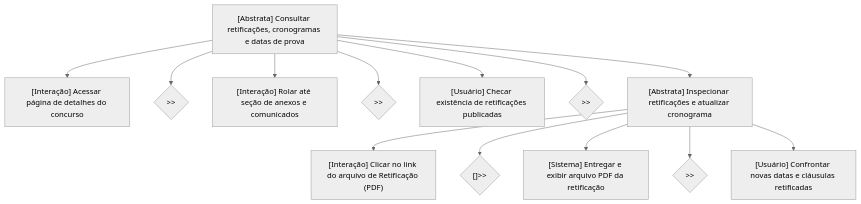
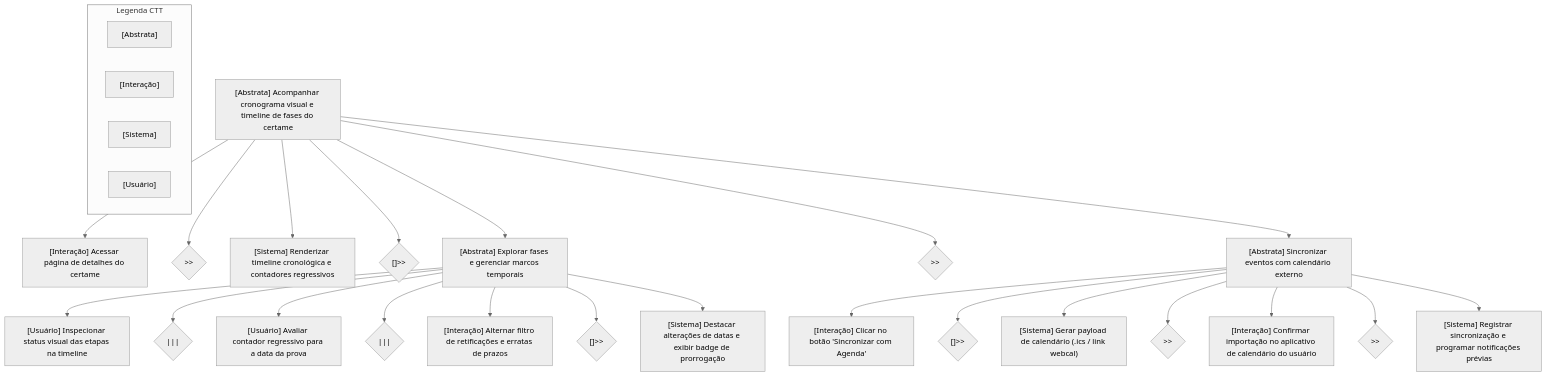
One commit to Interacao-Humano-Computador/2026.2-Grupo07 changed the fourth of 8 diagrams in docs/analise-de-requisitos/analise-de-tarefas/ctt.md. Above: the diagram before and after it, drawn with Mermaid (neutral theme). The commit also changed other lines of this file and 3 other files, not shown here.

Commit message:
fix(escopo-funcionalidades): enriquece escopo com simulados interativos, alertas inteligentes e cronograma visual (Closes #14)

````diff
--- a/docs/analise-de-requisitos/analise-de-tarefas/ctt.md
+++ b/docs/analise-de-requisitos/analise-de-tarefas/ctt.md
@@ -349,33 +351,62 @@
 ```mermaid
 flowchart TD
-    Root4["[Abstrata] Consultar retificações, cronogramas e datas de prova"]
+    subgraph Legenda ["Legenda CTT"]
+        direction LR
+        L_Abs["[Abstrata]"]
+        L_Int["[Interação]"]
+        L_Sis["[Sistema]"]
+        L_Usu["[Usuário]"]
+    end
 
-    Q1["[Interação] Acessar página de detalhes do concurso"]
+    Root4["[Abstrata] Acompanhar cronograma visual e timeline de fases do certame"]
+
+    Q1["[Interação] Acessar página de detalhes do certame"]
     QOp1{">>"}
-    Q2["[Interação] Rolar até seção de anexos e comunicados"]
-    QOp2{">>"}
-    Q3["[Usuário] Checar existência de retificações publicadas"]
+    Q2["[Sistema] Renderizar timeline cronológica e contadores regressivos"]
+    QOp2{"[]>>"}
+    Q3["[Abstrata] Explorar fases e gerenciar marcos temporais"]
     QOp3{">>"}
-    Q4["[Abstrata] Inspecionar retificações e atualizar cronograma"]
+    Q4["[Abstrata] Sincronizar eventos com calendário externo"]
 
     Root4 --> Q1
     Root4 --> QOp1
     Root4 --> Q2
     Root4 --> QOp2
     Root4 --> Q3
     Root4 --> QOp3
     Root4 --> Q4
 
-    %% Decomposição de Q4
-    Q4_1["[Interação] Clicar no link do arquivo de Retificação (PDF)"]
+    %% Decomposição de Q3 (Explorar fases e gerenciar marcos)
+    Q3_1["[Usuário] Inspecionar status visual das etapas na timeline"]
+    Q3_Op1{"|||"}
+    Q3_2["[Usuário] Avaliar contador regressivo para a data da prova"]
+    Q3_Op2{"|||"}
+    Q3_3["[Interação] Alternar filtro de retificações e erratas de prazos"]
+    Q3_Op3{"[]>>"}
+    Q3_4["[Sistema] Destacar alterações de datas e exibir badge de prorrogação"]
+
+    Q3 --> Q3_1
+    Q3 --> Q3_Op1
+    Q3 --> Q3_2
+    Q3 --> Q3_Op2
+    Q3 --> Q3_3
+    Q3 --> Q3_Op3
+    Q3 --> Q3_4
+
+    %% Decomposição de Q4 (Sincronização de calendário)
+    Q4_1["[Interação] Clicar no botão 'Sincronizar com Agenda'"]
     Q4_Op1{"[]>>"}
-    Q4_2["[Sistema] Entregar e exibir arquivo PDF da retificação"]
+    Q4_2["[Sistema] Gerar payload de calendário (.ics / link webcal)"]
     Q4_Op2{">>"}
-    Q4_3["[Usuário] Confrontar novas datas e cláusulas retificadas"]
+    Q4_3["[Interação] Confirmar importação no aplicativo de calendário do usuário"]
+    Q4_Op3{">>"}
+    Q4_4["[Sistema] Registrar sincronização e programar notificações prévias"]
 
     Q4 --> Q4_1
     Q4 --> Q4_Op1
     Q4 --> Q4_2
     Q4 --> Q4_Op2
     Q4 --> Q4_3
+    Q4 --> Q4_Op3
+    Q4 --> Q4_4
 ```
````
